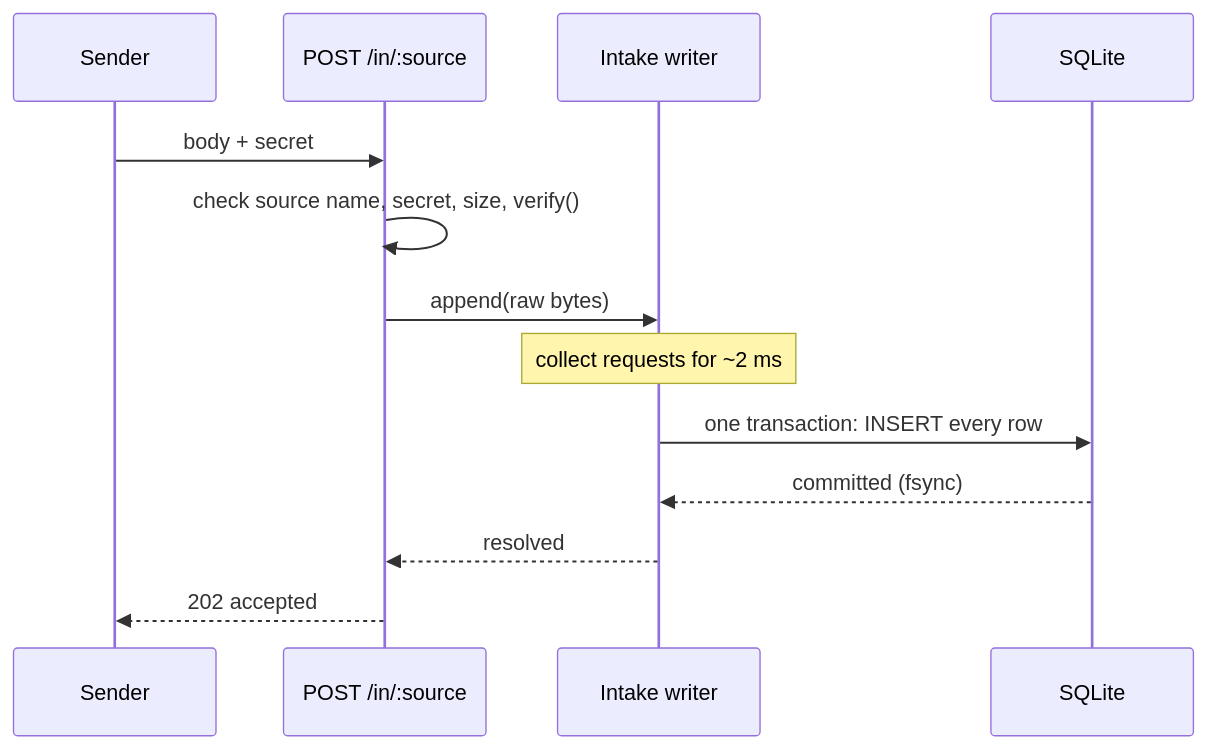
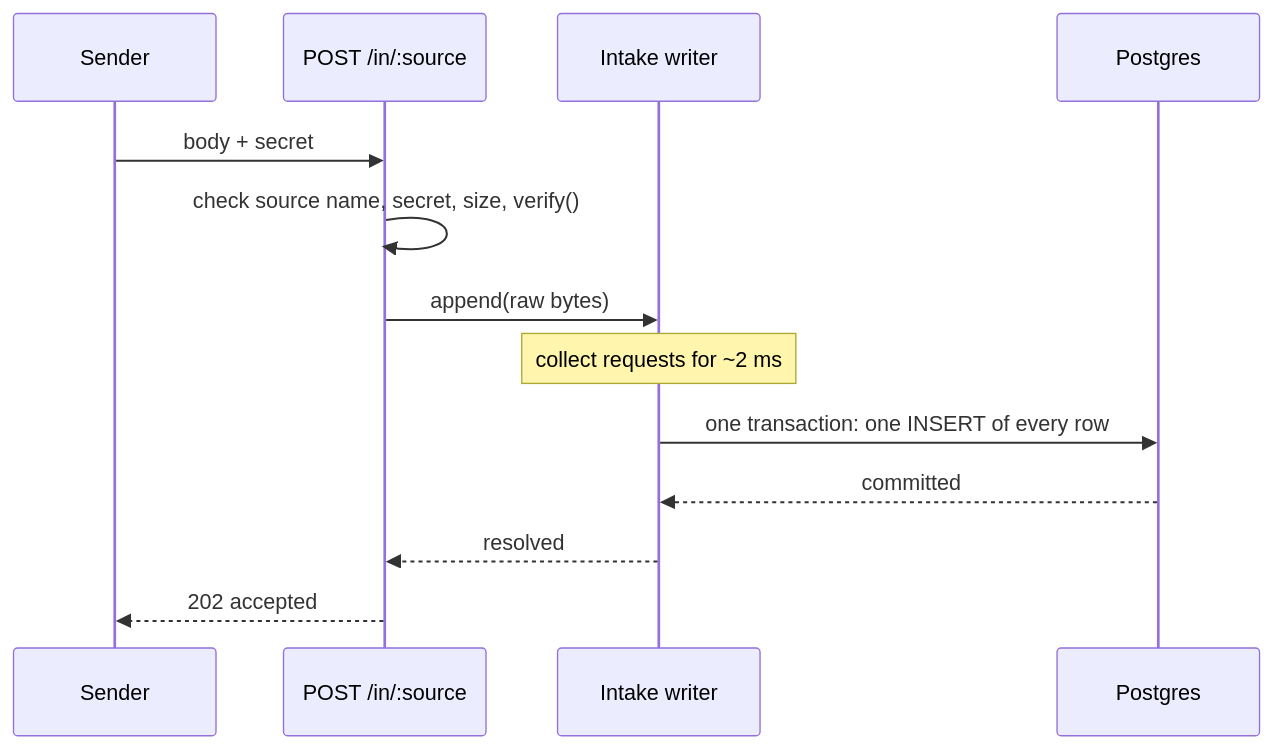
The diagram in docs/architecture/intake.md (aosresearch/cloudfriend), drawn with Mermaid before and after one commit. The commit also changed other lines of this file and 6 other files, not shown here.

````diff
--- a/docs/architecture/intake.md
+++ b/docs/architecture/intake.md
@@ -13,16 +13,16 @@
 ```mermaid
 sequenceDiagram
   participant S as Sender
   participant R as POST /in/:source
   participant I as Intake writer
-  participant DB as SQLite
+  participant DB as Postgres
 
   S->>R: body + secret
   R->>R: check source name, secret, size, verify()
   R->>I: append(raw bytes)
   Note over I: collect requests for ~2 ms
-  I->>DB: one transaction: INSERT every row
-  DB-->>I: committed (fsync)
+  I->>DB: one transaction: one INSERT of every row
+  DB-->>I: committed
   I-->>R: resolved
   R-->>S: 202 accepted
 ```
````
